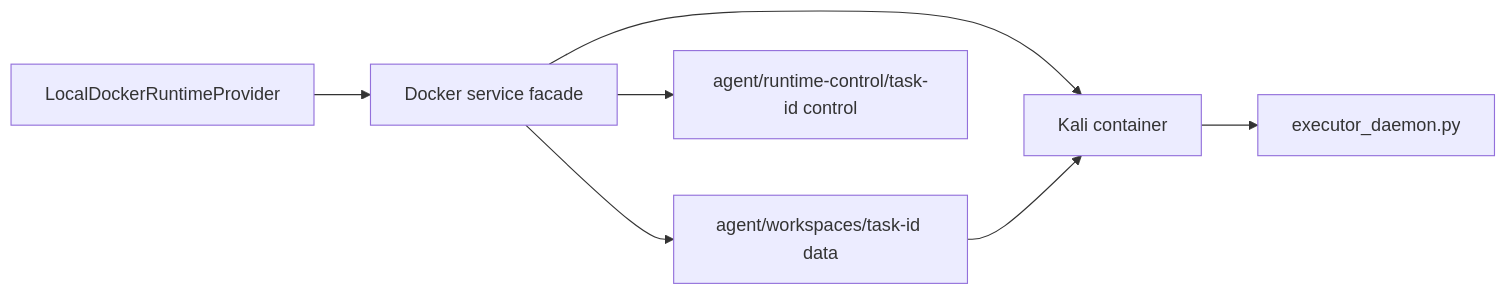
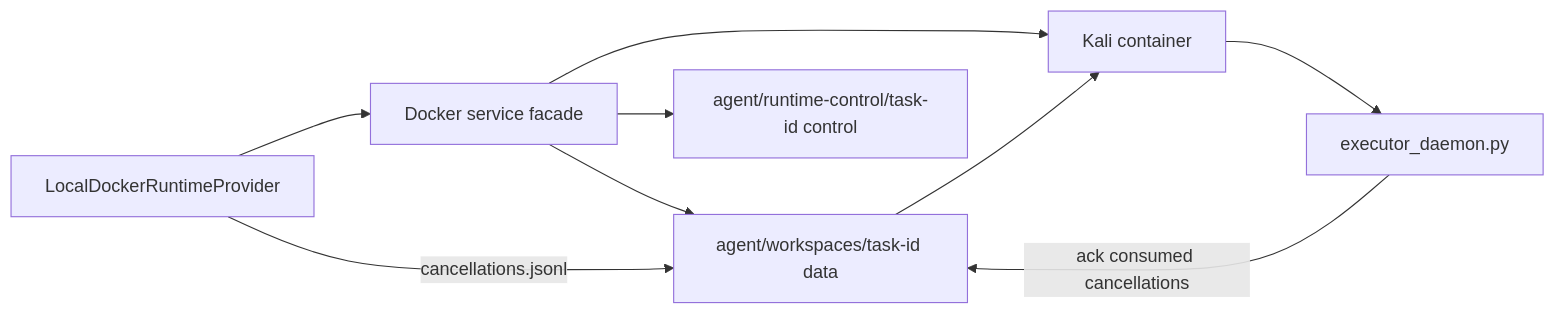
The second of 3 diagrams in docs/architecture/execution-plane.md (quareth/drowAI), drawn with Mermaid before and after one commit. The commit also changed other lines of this file and 10 other files, not shown here.

Commit message:
docs: align architecture guides with wired code (#18)

````diff
--- a/docs/architecture/execution-plane.md
+++ b/docs/architecture/execution-plane.md
@@ -123,16 +188,18 @@
 ```mermaid
 flowchart LR
     Provider[LocalDockerRuntimeProvider]
     Docker[Docker service facade]
     HostWorkspace[agent/workspaces/task-id data]
     HostControl[agent/runtime-control/task-id control]
     Container[Kali container]
     Daemon[executor_daemon.py]
 
     Provider --> Docker
     Docker --> HostWorkspace
     Docker --> HostControl
     Docker --> Container
     HostWorkspace --> Container
     Container --> Daemon
+    Provider -->|cancellations.jsonl| HostWorkspace
+    Daemon -->|ack consumed cancellations| HostWorkspace
 ```
````
